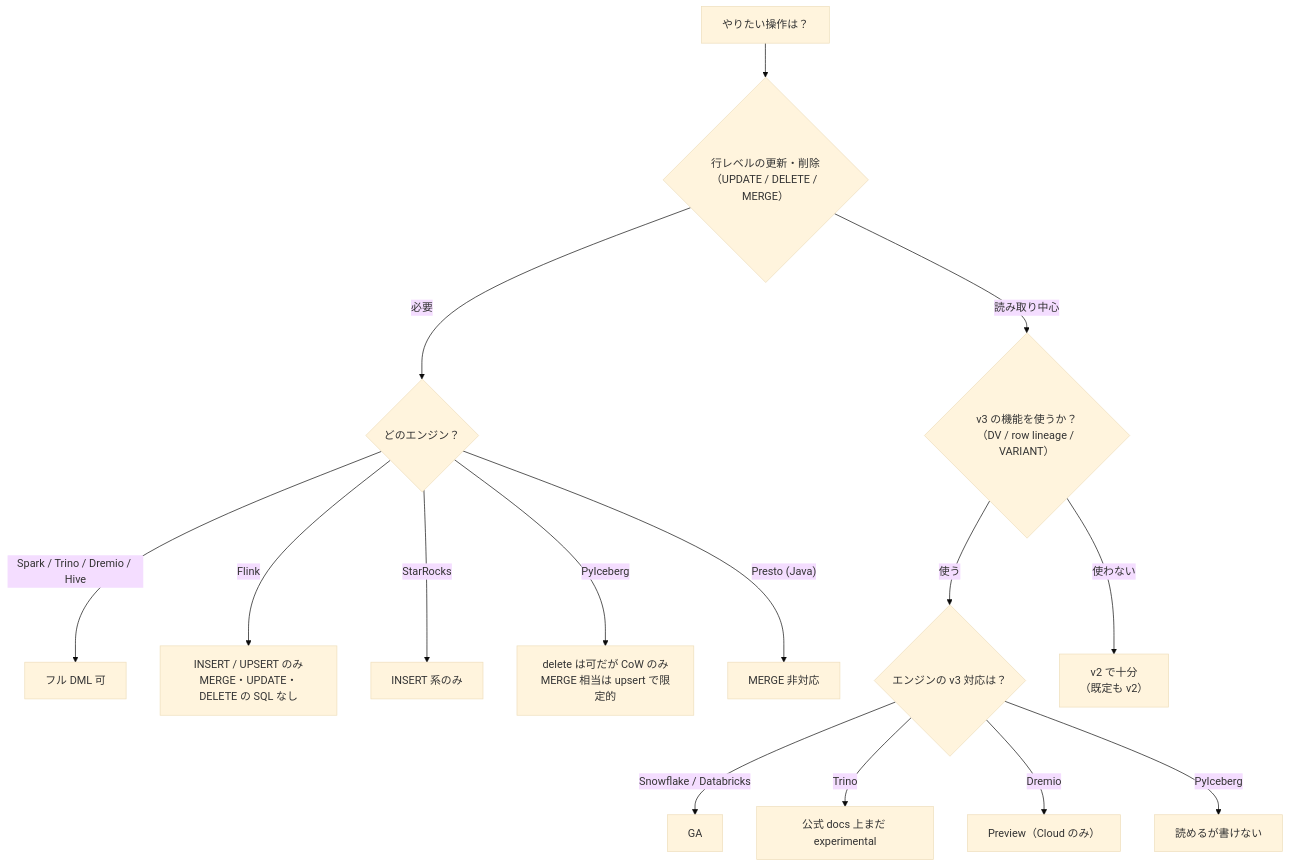
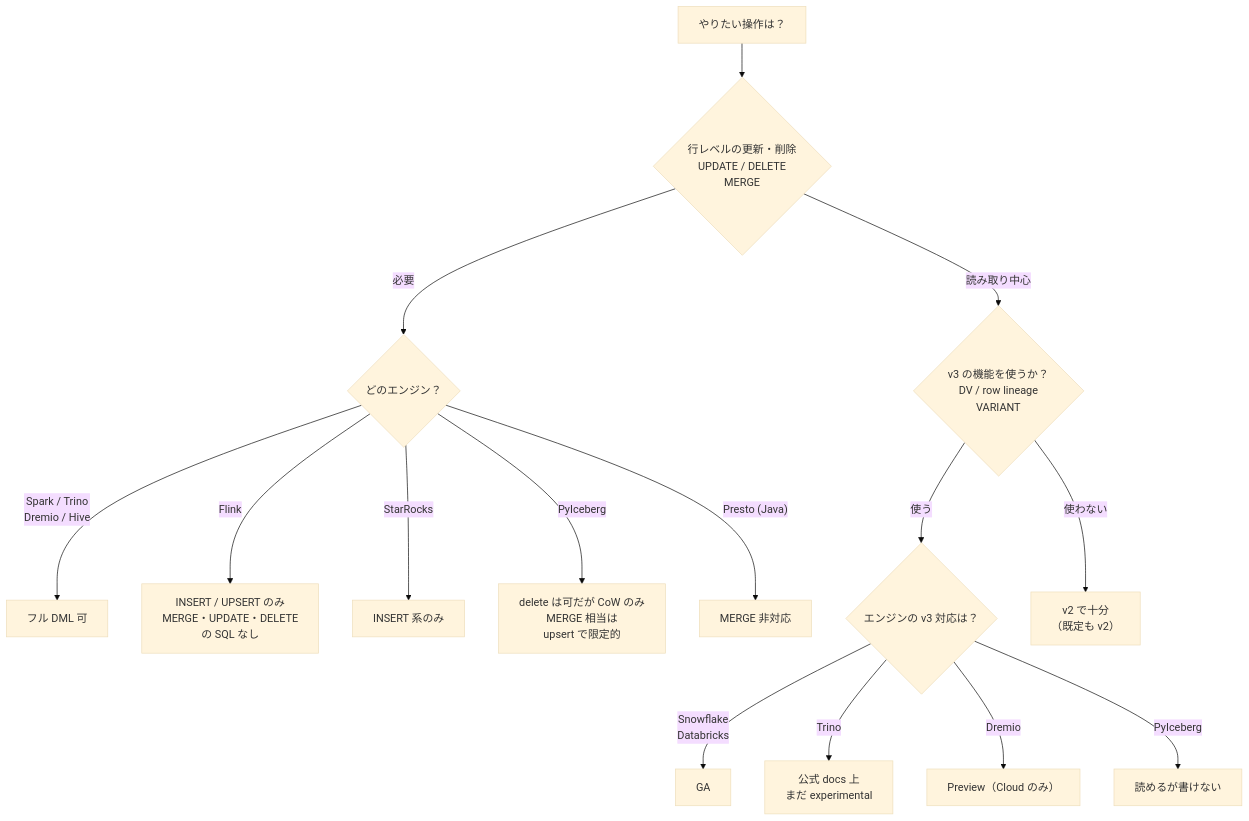
One commit to dobachi/iceberg-research changed the third of 3 diagrams in docs/08-decision-guide.md. Above: the diagram before and after it, drawn with Mermaid (base theme). The commit also changed other lines of this file and 2 other files, not shown here.

First line of the commit message:
08: 図のラベル切れを修正し、用語と制約の説明を補う

````diff
--- a/docs/08-decision-guide.md
+++ b/docs/08-decision-guide.md
@@ -90,18 +92,18 @@
 ```mermaid
 flowchart TD
-    S["やりたい操作は？"] --> Q1{"行レベルの更新・削除<br/>（UPDATE / DELETE / MERGE）"}
+    S["やりたい操作は？"] --> Q1{"行レベルの更新・削除<br/>UPDATE / DELETE<br/>MERGE"}
     Q1 -->|"必要"| Q2{"どのエンジン？"}
-    Q2 -->|"Spark / Trino / Dremio / Hive"| OK1["フル DML 可"]
-    Q2 -->|"Flink"| NG1["INSERT / UPSERT のみ<br/>MERGE・UPDATE・DELETE の SQL なし"]
+    Q2 -->|"Spark / Trino<br/>Dremio / Hive"| OK1["フル DML 可"]
+    Q2 -->|"Flink"| NG1["INSERT / UPSERT のみ<br/>MERGE・UPDATE・DELETE<br/>の SQL なし"]
     Q2 -->|"StarRocks"| NG2["INSERT 系のみ"]
-    Q2 -->|"PyIceberg"| NG3["delete は可だが CoW のみ<br/>MERGE 相当は upsert で限定的"]
+    Q2 -->|"PyIceberg"| NG3["delete は可だが CoW のみ<br/>MERGE 相当は<br/>upsert で限定的"]
     Q2 -->|"Presto (Java)"| NG4["MERGE 非対応"]
 
-    Q1 -->|"読み取り中心"| Q3{"v3 の機能を使うか？<br/>（DV / row lineage / VARIANT）"}
+    Q1 -->|"読み取り中心"| Q3{"v3 の機能を使うか？<br/>DV / row lineage<br/>VARIANT"}
     Q3 -->|"使う"| Q4{"エンジンの v3 対応は？"}
-    Q4 -->|"Snowflake / Databricks"| OKv3["GA"]
-    Q4 -->|"Trino"| NGv3["公式 docs 上まだ experimental"]
+    Q4 -->|"Snowflake<br/>Databricks"| OKv3["GA"]
+    Q4 -->|"Trino"| NGv3["公式 docs 上<br/>まだ experimental"]
     Q4 -->|"Dremio"| PRv3["Preview（Cloud のみ）"]
     Q4 -->|"PyIceberg"| NOv3["読めるが書けない"]
     Q3 -->|"使わない"| OK2["v2 で十分<br/>（既定も v2）"]
 ```
````
